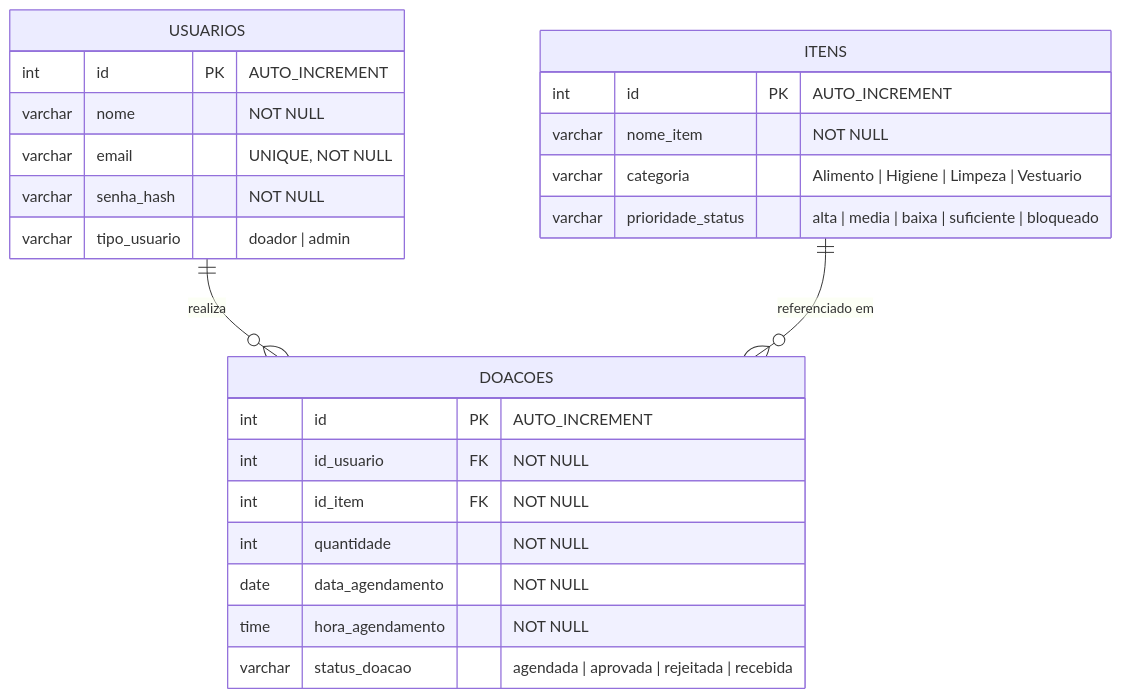
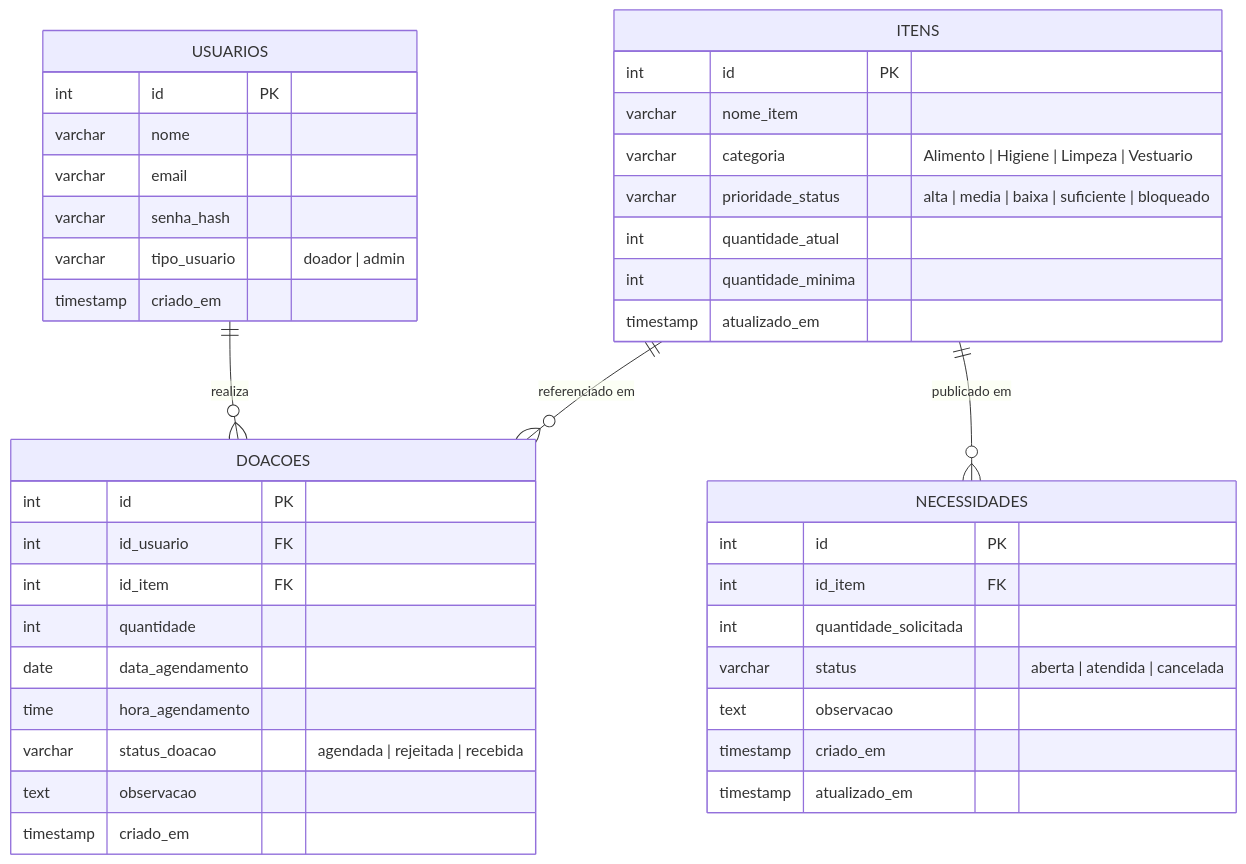
One commit to univesp-pi-g7/conectadoa-docs changed the fourth of 4 diagrams in Arquitetura.md. Above: the diagram before and after it, drawn with Mermaid.

Commit message:
Revise database schema for users, items, and donations
Updated the database schema to include additional fields and relationships.

````diff
--- a/Arquitetura.md
+++ b/Arquitetura.md
@@ -141,30 +141,47 @@
 ```mermaid
 erDiagram
-    USUARIOS {
-        int id PK "AUTO_INCREMENT"
-        varchar nome "NOT NULL"
-        varchar email "UNIQUE, NOT NULL"
-        varchar senha_hash "NOT NULL"
-        varchar tipo_usuario "doador | admin"
-    }
+  USUARIOS ||--o{ DOACOES : "realiza"
+  ITENS ||--o{ DOACOES : "referenciado em"
+  ITENS ||--o{ NECESSIDADES : "publicado em"
 
-    ITENS {
-        int id PK "AUTO_INCREMENT"
-        varchar nome_item "NOT NULL"
-        varchar categoria "Alimento | Higiene | Limpeza | Vestuario"
-        varchar prioridade_status "alta | media | baixa | suficiente | bloqueado"
-    }
+  USUARIOS {
+    int id PK
+    varchar nome
+    varchar email
+    varchar senha_hash
+    varchar tipo_usuario "doador | admin"
+    timestamp criado_em
+  }
 
-    DOACOES {
-        int id PK "AUTO_INCREMENT"
-        int id_usuario FK "NOT NULL"
-        int id_item FK "NOT NULL"
-        int quantidade "NOT NULL"
-        date data_agendamento "NOT NULL"
-        time hora_agendamento "NOT NULL"
-        varchar status_doacao "agendada | aprovada | rejeitada | recebida"
-    }
+  ITENS {
+    int id PK
+    varchar nome_item
+    varchar categoria "Alimento | Higiene | Limpeza | Vestuario"
+    varchar prioridade_status "alta | media | baixa | suficiente | bloqueado"
+    int quantidade_atual
+    int quantidade_minima
+    timestamp atualizado_em
+  }
 
-    USUARIOS ||--o{ DOACOES : "realiza"
-    ITENS    ||--o{ DOACOES : "referenciado em"
+  NECESSIDADES {
+    int id PK
+    int id_item FK
+    int quantidade_solicitada
+    varchar status "aberta | atendida | cancelada"
+    text observacao
+    timestamp criado_em
+    timestamp atualizado_em
+  }
+
+  DOACOES {
+    int id PK
+    int id_usuario FK
+    int id_item FK
+    int quantidade
+    date data_agendamento
+    time hora_agendamento
+    varchar status_doacao "agendada | rejeitada | recebida"
+    text observacao
+    timestamp criado_em
+  }
 ```
````
